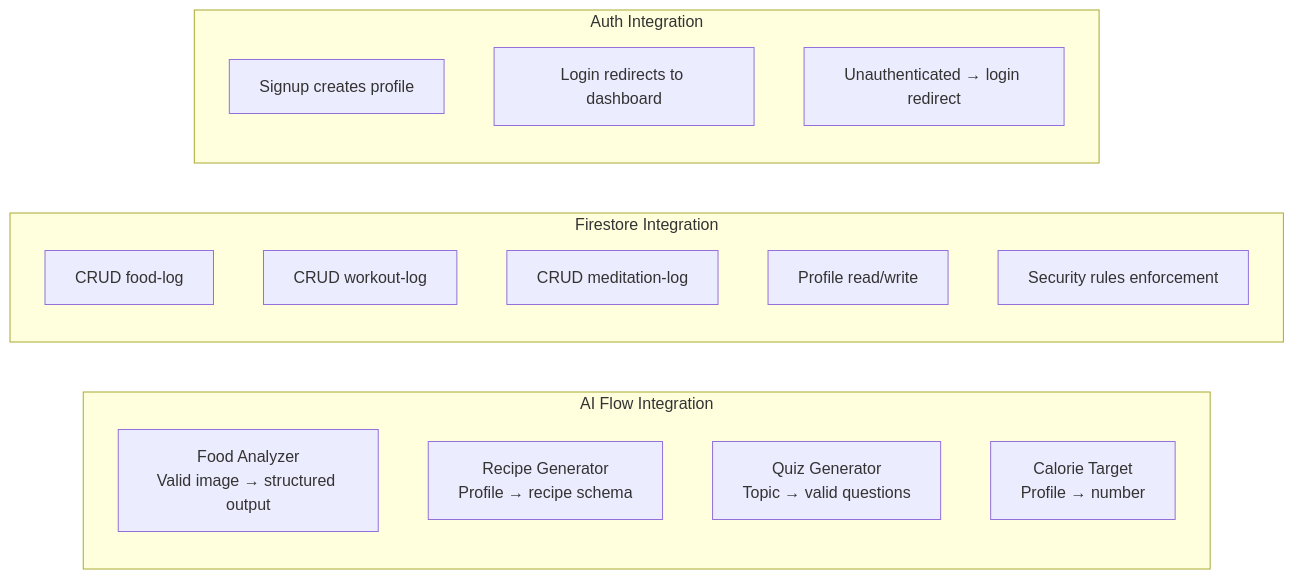
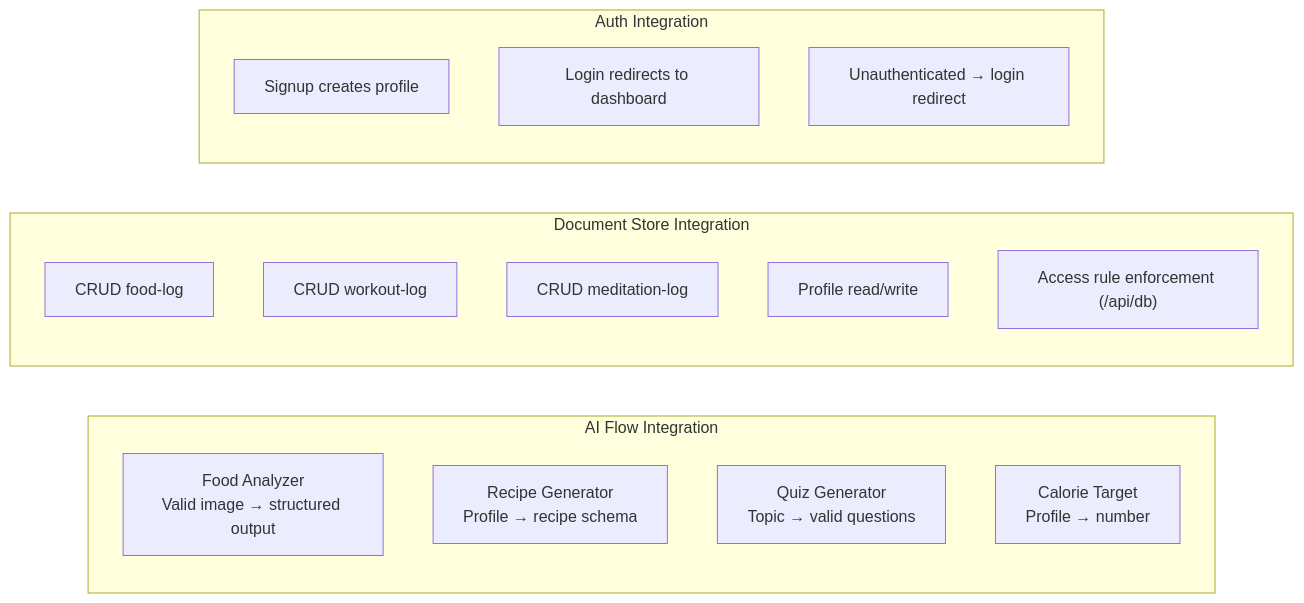
One commit to knotking/healthgeek changed the second of 5 diagrams in docs/testing/README.md. Above: the diagram before and after it, drawn with Mermaid. The commit also changed other lines of this file and 67 other files, not shown here.

````diff
--- a/docs/testing/README.md
+++ b/docs/testing/README.md
@@ -40,23 +40,23 @@
 ```mermaid
 graph LR
     subgraph AIFlowTests ["AI Flow Integration"]
         T1["Food Analyzer<br/>Valid image → structured output"]
         T2["Recipe Generator<br/>Profile → recipe schema"]
         T3["Quiz Generator<br/>Topic → valid questions"]
         T4["Calorie Target<br/>Profile → number"]
     end
 
-    subgraph FirestoreTests ["Firestore Integration"]
+    subgraph StoreTests ["Document Store Integration"]
         T5["CRUD food-log"]
         T6["CRUD workout-log"]
         T7["CRUD meditation-log"]
         T8["Profile read/write"]
-        T9["Security rules enforcement"]
+        T9["Access rule enforcement (/api/db)"]
     end
 
     subgraph AuthTests ["Auth Integration"]
         T10["Signup creates profile"]
         T11["Login redirects to dashboard"]
         T12["Unauthenticated → login redirect"]
     end
 ```
````
